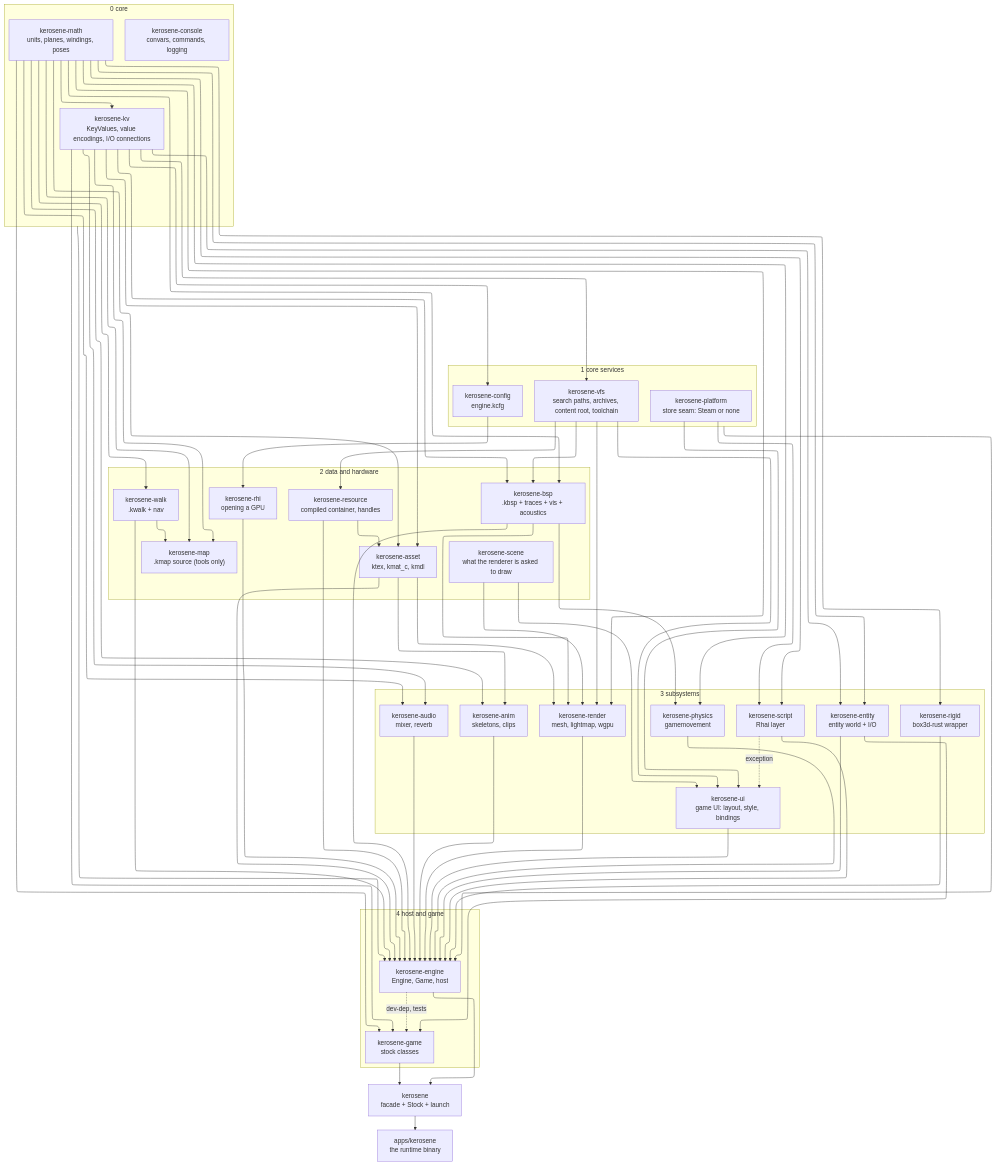
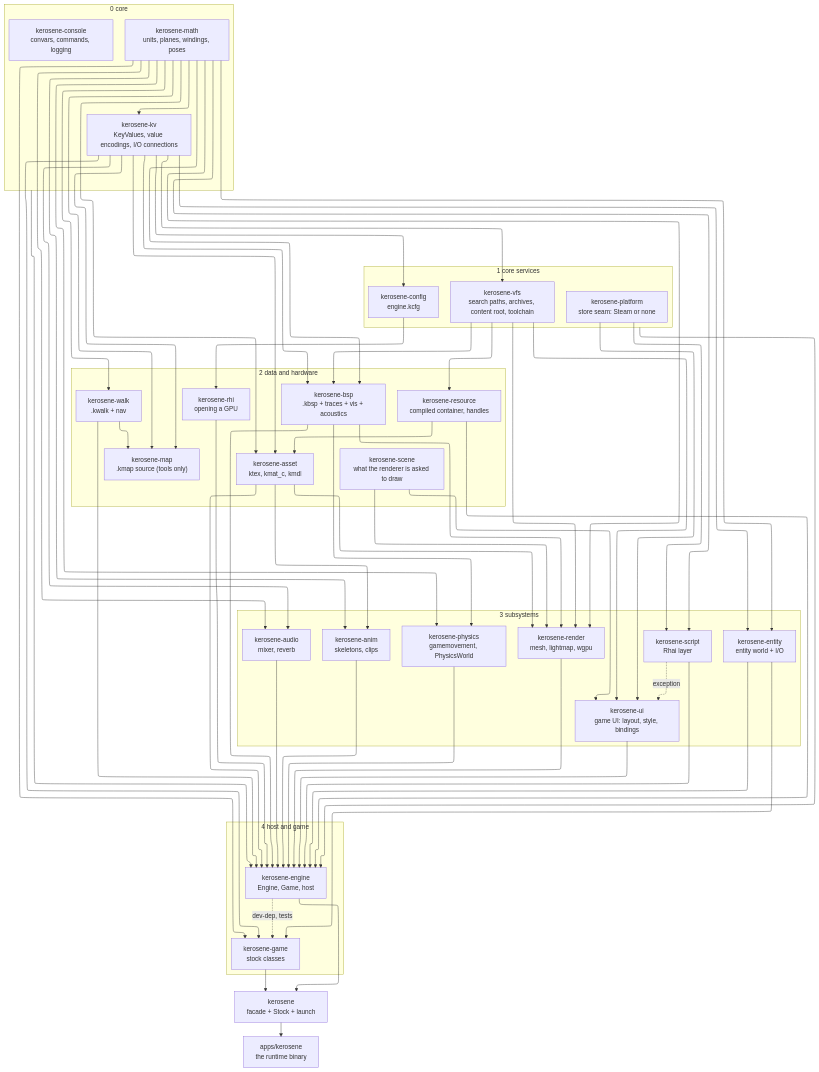
Before and after one commit to T342guy/Kerosene: the first of 3 diagrams in src/devnotes/crate-map.md, drawn with Mermaid. The commit also changed other lines of this file and 37 other files, not shown here.

```diff
--- a/src/devnotes/crate-map.md
+++ b/src/devnotes/crate-map.md
@@ -54,8 +54,7 @@
     end
     subgraph L3["3 subsystems"]
         render["kerosene-render<br/>mesh, lightmap, wgpu"]
-        physics["kerosene-physics<br/>gamemovement"]
-        rigid["kerosene-rigid<br/>box3d-rust wrapper"]
+        physics["kerosene-physics<br/>gamemovement, PhysicsWorld"]
         anim["kerosene-anim<br/>skeletons, clips"]
         audio["kerosene-audio<br/>mixer, reverb"]
         entity["kerosene-entity<br/>entity world + I/O"]
@@ -90,7 +89,6 @@
     kv --> audio
     math --> physics
     bsp --> physics
-    math --> rigid
     math --> entity
     kv --> entity
     math --> render
@@ -118,7 +116,6 @@
     render --> engine
     resource --> engine
     rhi --> engine
-    rigid --> engine
     script --> engine
     ui --> engine
     walk --> engine
```
